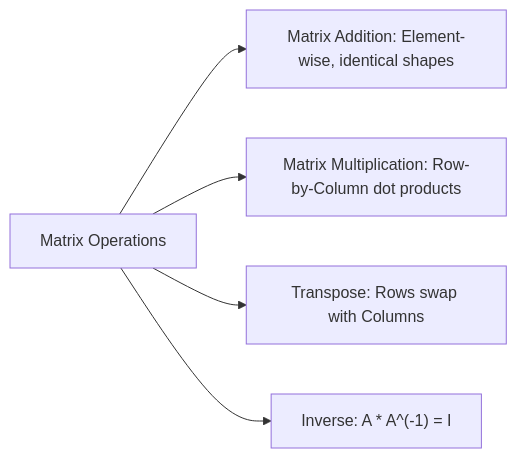
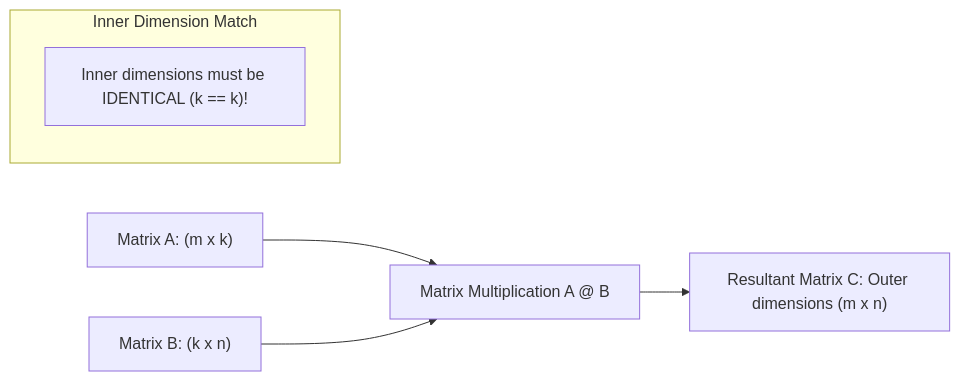
Before and after one commit to S1h2i3v4a/AI_ML: the diagram in lecture_21/Notes_21.13/README.md, drawn with Mermaid. The commit also changed other lines of this file and 203 other files, not shown here.

Commit message:
docs(lectures 19-21): align notes with video lectures, add blackboard diagrams, clean structured functions, and compile vector PDFs

````diff
--- a/lecture_21/Notes_21.13/README.md
+++ b/lecture_21/Notes_21.13/README.md
@@ -15,7 +10,11 @@
 ```mermaid
 flowchart LR
-    A["Matrix Operations"] --> B["Matrix Addition: Element-wise, identical shapes"]
-    A --> C["Matrix Multiplication: Row-by-Column dot products"]
-    A --> D["Transpose: Rows swap with Columns"]
-    A --> E["Inverse: A * A^(-1) = I"]
+    A["Matrix A: (m x k)"] --> Prod["Matrix Multiplication A @ B"]
+    B["Matrix B: (k x n)"] --> Prod
+    
+    subgraph Condition["Inner Dimension Match"]
+        Inner["Inner dimensions must be IDENTICAL (k == k)!"]
+    end
+    
+    Prod --> Res["Resultant Matrix C: Outer dimensions (m x n)"]
 ```
````
